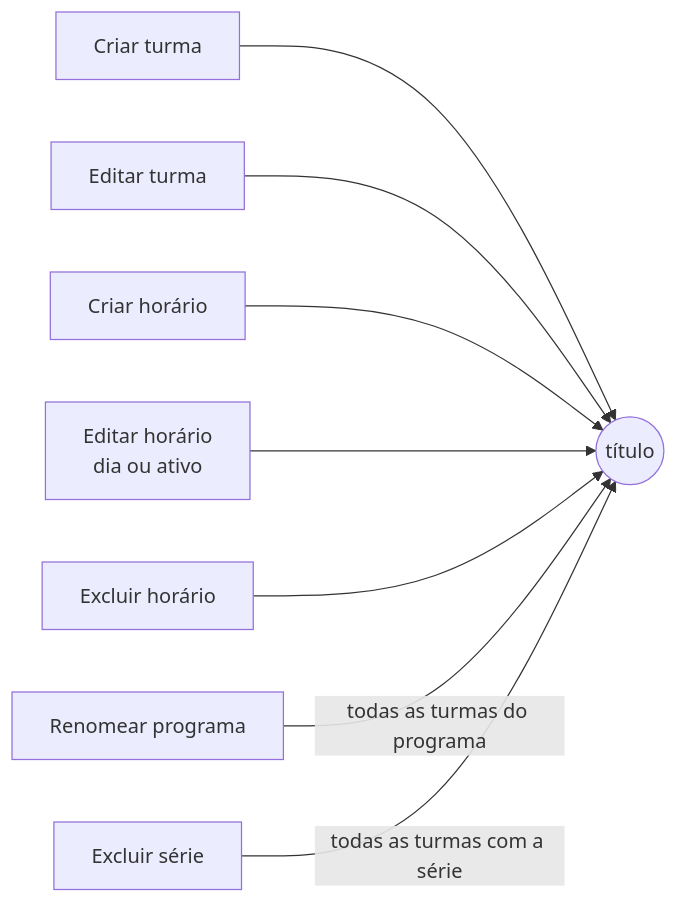
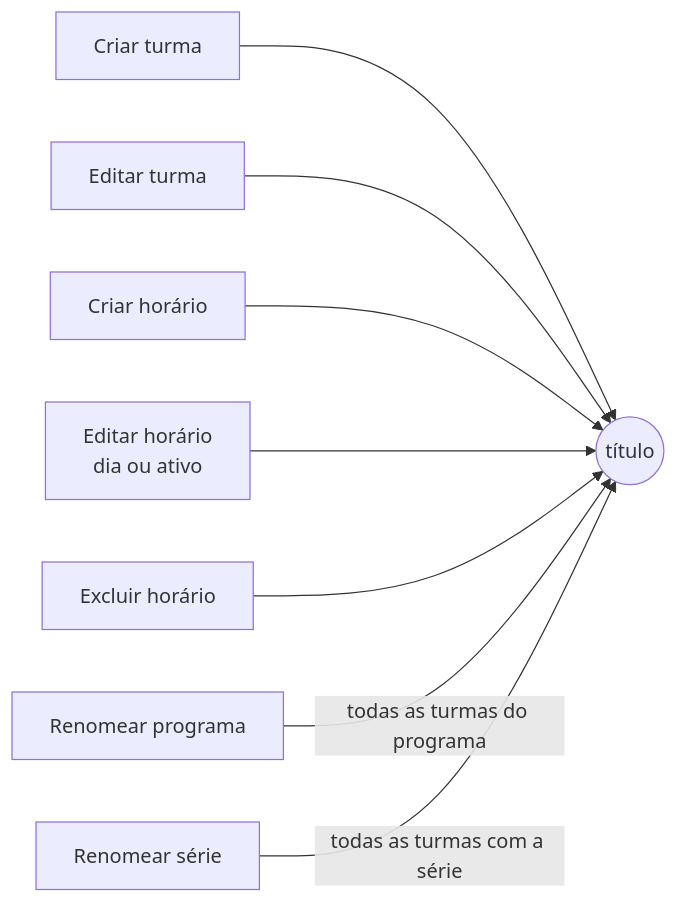
The second of 2 diagrams in docs/tecnico/fluxo-turmas.md (projeto-resgate/projetoresgate-api), drawn with Mermaid before and after one commit. The commit also changed other lines of this file and 96 other files, not shown here.

````diff
--- a/docs/tecnico/fluxo-turmas.md
+++ b/docs/tecnico/fluxo-turmas.md
@@ -76,10 +76,10 @@
 ```mermaid
 flowchart LR
     A[Criar turma] --> T((título))
     B[Editar turma] --> T
     C[Criar horário] --> T
     D[Editar horário<br/>dia ou ativo] --> T
     E[Excluir horário] --> T
     F[Renomear programa] -->|todas as turmas do programa| T
-    G[Excluir série] -->|todas as turmas com a série| T
+    G[Renomear série] -->|todas as turmas com a série| T
 ```
````
